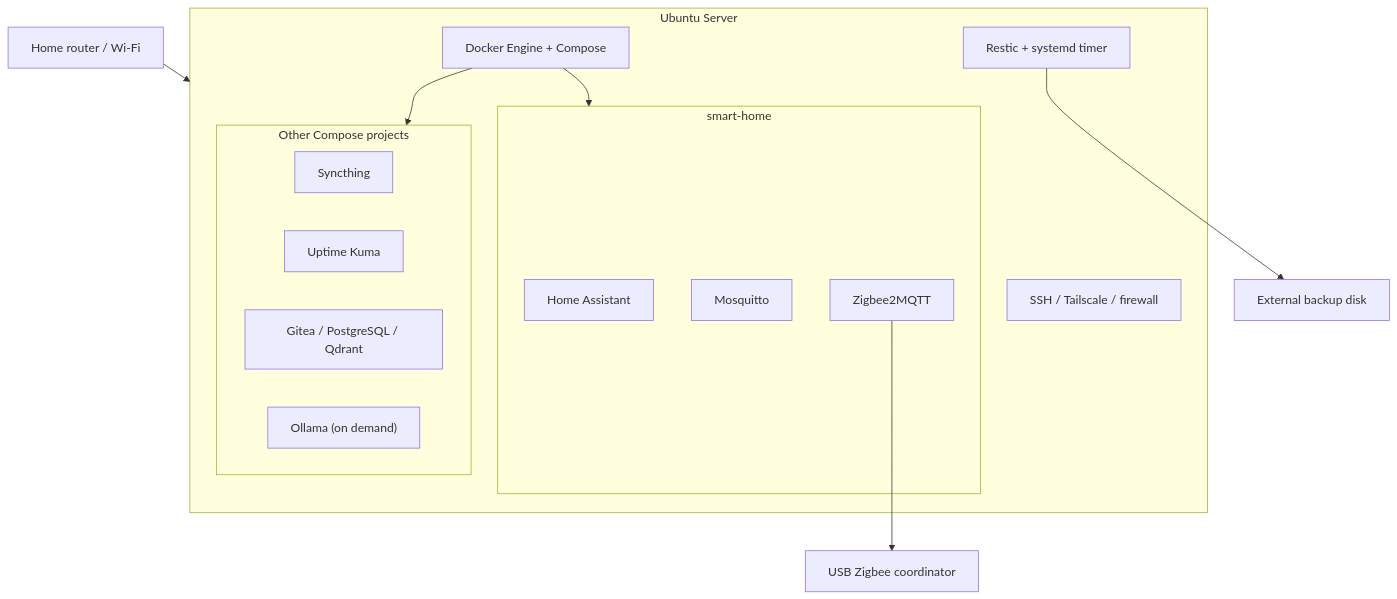
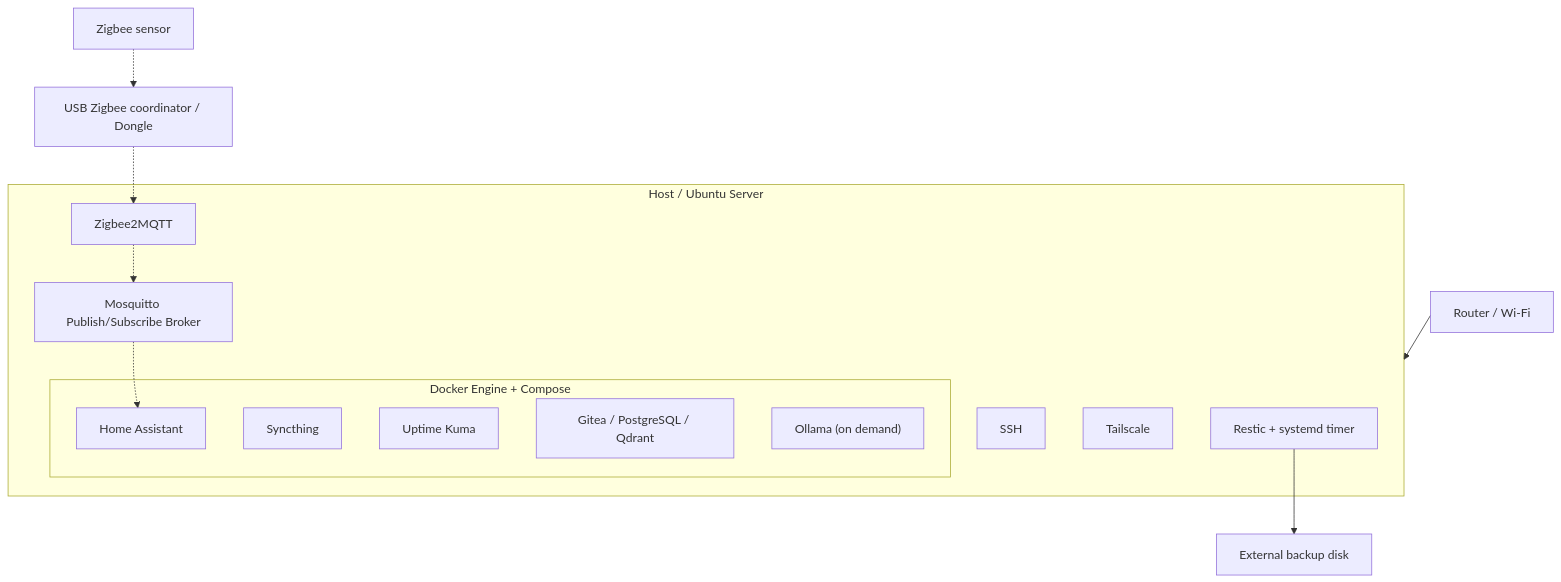
Before and after one commit to cherkavi/solutions: the first of 2 diagrams in home-server/docs/architecture.md, drawn with Mermaid. The commit also changed other lines of this file and 10 other files, not shown here.

````diff
--- a/home-server/docs/architecture.md
+++ b/home-server/docs/architecture.md
@@ -82,26 +82,24 @@
 ```mermaid
 flowchart TB
-    Router["Home router / Wi-Fi"]
+    Router["Router / Wi-Fi"]
     Host["Ubuntu Server host"]
     Router --> Host
-    subgraph Host["Ubuntu Server"]
-      SSH["SSH / Tailscale / firewall"]
-      Docker["Docker Engine + Compose"]
-      Restic["Restic + systemd timer"]
-      subgraph Smart["smart-home"]
+    subgraph Host["Host / Ubuntu Server"]
+      SSH["SSH"]
+      Tailscale["Tailscale"]
+      MQTT["Mosquitto Publish/Subscribe Broker"]
+      Z2M["Zigbee2MQTT"]
+      subgraph Docker["Docker Engine + Compose"]
         HA["Home Assistant"]
-        MQTT["Mosquitto"]
-        Z2M["Zigbee2MQTT"]
-      end
-      subgraph Other["Other Compose projects"]
         Sync["Syncthing"]
         Monitor["Uptime Kuma"]
         Dev["Gitea / PostgreSQL / Qdrant"]
-        AI["Ollama (on demand)"]
+        AI["Ollama (on demand)"]      
       end
-      Docker --> Smart
-      Docker --> Other
+      Restic["Restic + systemd timer"]
     end
-    Z2M --> Dongle["USB Zigbee coordinator"]
+    Sensor["Zigbee sensor"] -.-> Dongle
+    Dongle["USB Zigbee coordinator / Dongle"] -.-> Z2M
+    Z2M -.->MQTT -.-> HA
     Restic --> Backup["External backup disk"]
 ```
````
